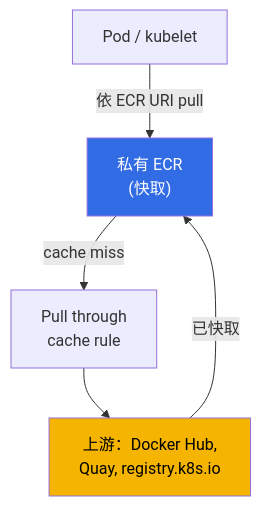
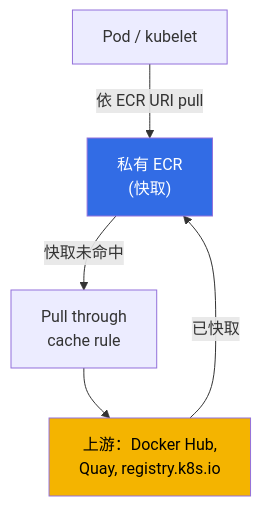
Before and after one commit to ViktorUJ/cks: the first of 2 diagrams in tasks/eks/course/20/tw.md, drawn with Mermaid. The commit also changed other lines of this file and 534 other files, not shown here.

````diff
--- a/tasks/eks/course/20/tw.md
+++ b/tasks/eks/course/20/tw.md
@@ -130,13 +130,13 @@
 ```mermaid
 flowchart TB
     pod["Pod / kubelet"]
     ecr["私有 ECR<br/>(快取)"]
     rule["Pull through<br/>cache rule"]
     up["上游：Docker Hub,<br/>Quay, registry.k8s.io"]
     pod -->|"依 ECR URI pull"| ecr
-    ecr -->|"cache miss"| rule
+    ecr -->|"快取未命中"| rule
     rule --> up
     up -->|"已快取"| ecr
     style ecr fill:#326ce5,color:#fff
     style up fill:#f4b400,color:#000
 ```
````
